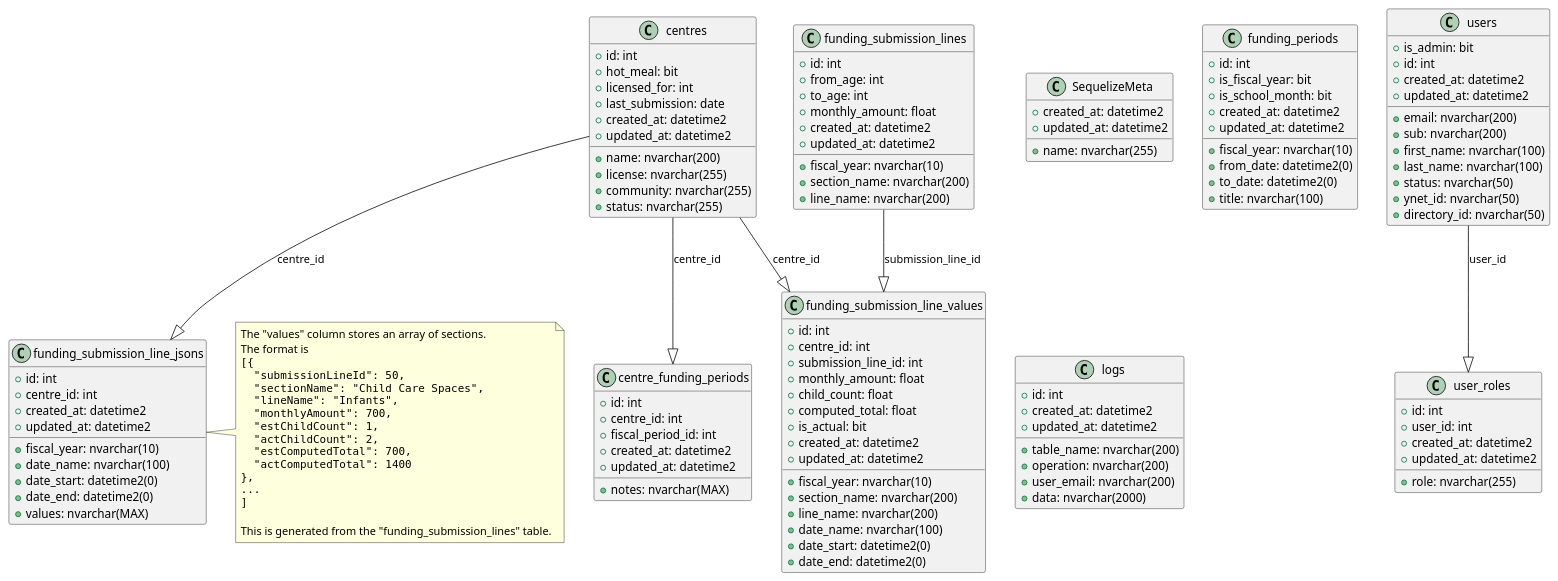
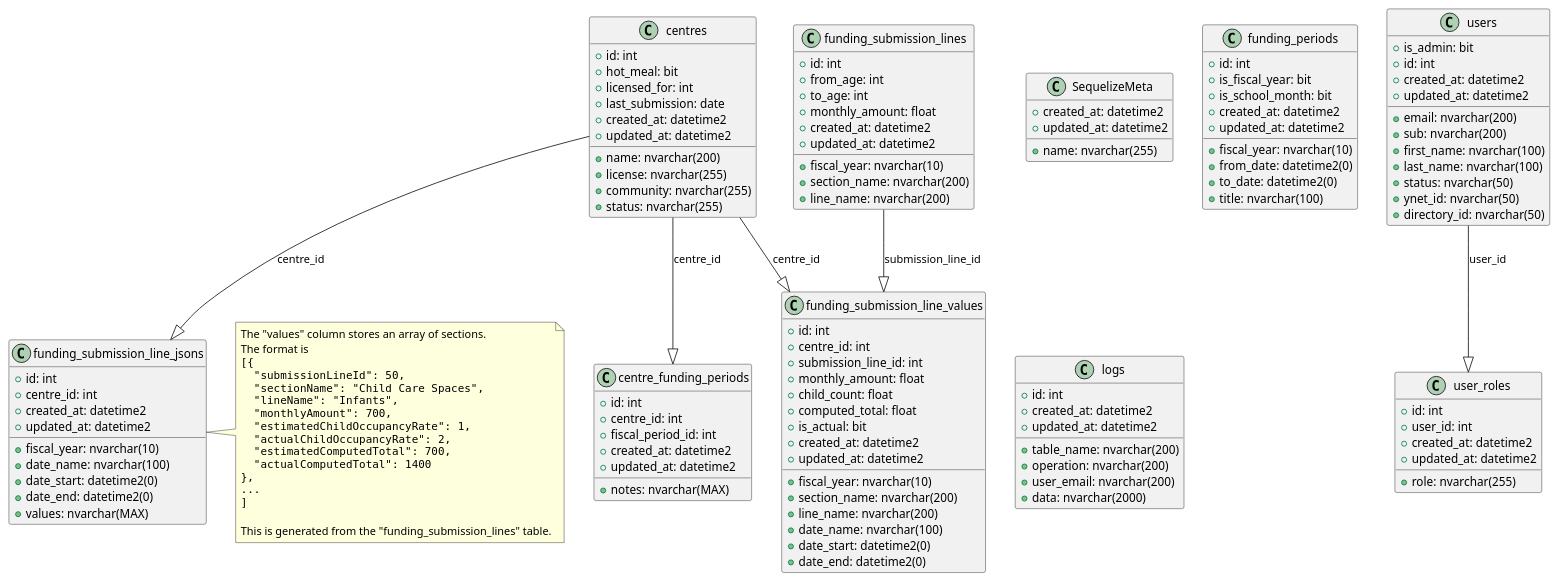
The diagram in Design/Entity Relationship Diagrams.wsd (ytgov/elcc-data-management), drawn with PlantUML before and after one commit. The commit also changed 5 other files, not shown here.

```diff
--- a/Design/Entity Relationship Diagrams.wsd
+++ b/Design/Entity Relationship Diagrams.wsd
@@ -1,144 +1,144 @@
 @startuml
 
 class "SequelizeMeta" {
   +name: nvarchar(255)
   +created_at: datetime2
   +updated_at: datetime2
 }
 
 class "centres" {
   +id: int
   +name: nvarchar(200)
   +license: nvarchar(255)
   +community: nvarchar(255)
   +status: nvarchar(255)
   +hot_meal: bit
   +licensed_for: int
   +last_submission: date
   +created_at: datetime2
   +updated_at: datetime2
 }
 
 class "funding_periods" {
   +id: int
   +fiscal_year: nvarchar(10)
   +from_date: datetime2(0)
   +to_date: datetime2(0)
   +title: nvarchar(100)
   +is_fiscal_year: bit
   +is_school_month: bit
   +created_at: datetime2
   +updated_at: datetime2
 }
 
 class "funding_submission_lines" {
   +id: int
   +fiscal_year: nvarchar(10)
   +section_name: nvarchar(200)
   +line_name: nvarchar(200)
   +from_age: int
   +to_age: int
   +monthly_amount: float
   +created_at: datetime2
   +updated_at: datetime2
 }
 
 class "logs" {
   +id: int
   +table_name: nvarchar(200)
   +operation: nvarchar(200)
   +user_email: nvarchar(200)
   +data: nvarchar(2000)
   +created_at: datetime2
   +updated_at: datetime2
 }
 
 class "users" {
   +email: nvarchar(200)
   +sub: nvarchar(200)
   +first_name: nvarchar(100)
   +last_name: nvarchar(100)
   +status: nvarchar(50)
   +is_admin: bit
   +ynet_id: nvarchar(50)
   +directory_id: nvarchar(50)
   +id: int
   +created_at: datetime2
   +updated_at: datetime2
 }
 
 class "centre_funding_periods" {
   +id: int
   +centre_id: int
   +fiscal_period_id: int
   +notes: nvarchar(MAX)
   +created_at: datetime2
   +updated_at: datetime2
 }
 
 class "funding_submission_line_jsons" {
   +id: int
   +centre_id: int
   +fiscal_year: nvarchar(10)
   +date_name: nvarchar(100)
   +date_start: datetime2(0)
   +date_end: datetime2(0)
   +values: nvarchar(MAX)
   +created_at: datetime2
   +updated_at: datetime2
 }
 
 note right of "funding_submission_line_jsons"
   The "values" column stores an array of sections.
   The format is
   <code>
   [{
     "submissionLineId": 50,
     "sectionName": "Child Care Spaces",
     "lineName": "Infants",
     "monthlyAmount": 700,
-    "estChildCount": 1,
-    "actChildCount": 2,
-    "estComputedTotal": 700,
-    "actComputedTotal": 1400
+    "estimatedChildOccupancyRate": 1,
+    "actualChildOccupancyRate": 2,
+    "estimatedComputedTotal": 700,
+    "actualComputedTotal": 1400
   },
   ...
   ]
   </code>
 
   This is generated from the "funding_submission_lines" table.
 end note
 
 class "funding_submission_line_values" {
   +id: int
   +centre_id: int
   +submission_line_id: int
   +fiscal_year: nvarchar(10)
   +section_name: nvarchar(200)
   +line_name: nvarchar(200)
   +monthly_amount: float
   +date_name: nvarchar(100)
   +date_start: datetime2(0)
   +date_end: datetime2(0)
   +child_count: float
   +computed_total: float
   +is_actual: bit
   +created_at: datetime2
   +updated_at: datetime2
 }
 
 class "user_roles" {
   +role: nvarchar(255)
   +id: int
   +user_id: int
   +created_at: datetime2
   +updated_at: datetime2
 }
 
 "centres" --|> "centre_funding_periods" : centre_id
 "centres" --|> "funding_submission_line_jsons" : centre_id
 "centres" --|> "funding_submission_line_values" : centre_id
 "funding_submission_lines" --|> "funding_submission_line_values" : submission_line_id
 "users" --|> "user_roles" : user_id
 
 @enduml
```
